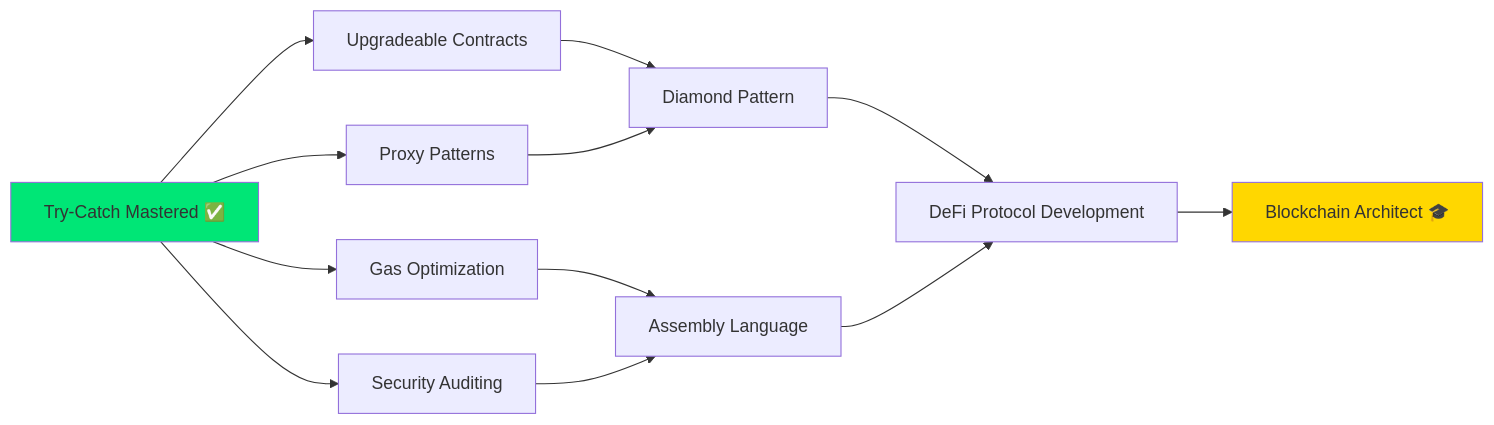
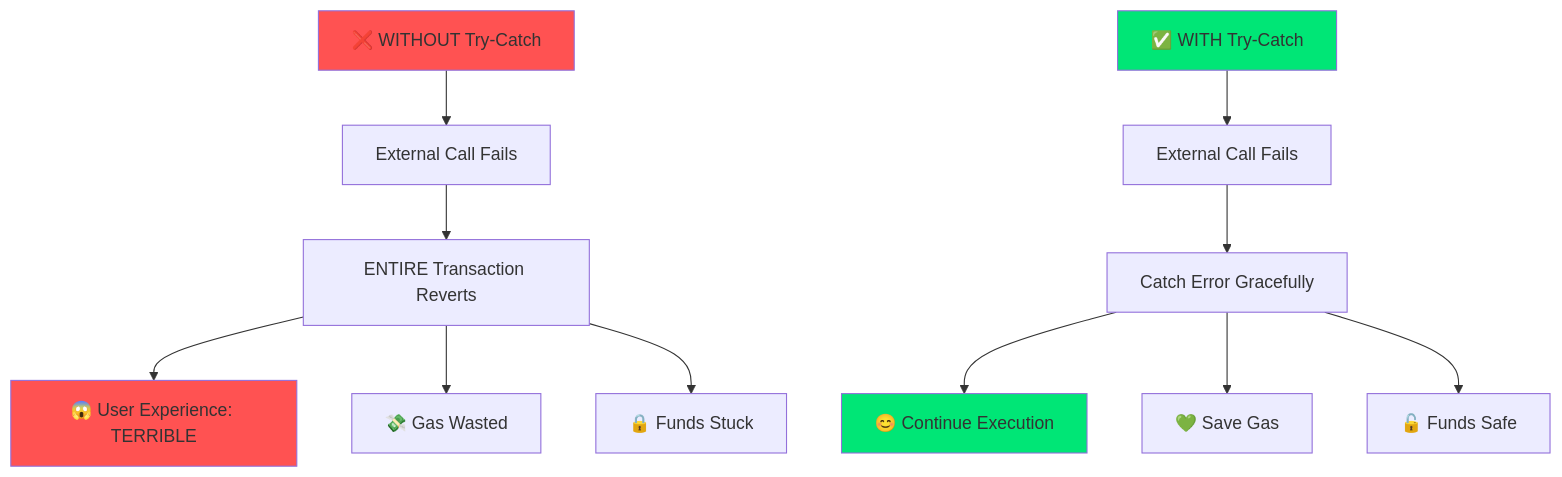
The first of 3 diagrams in README.md (Siddheshwar-cloud/TryCatchExample), drawn with Mermaid before and after one commit. The commit also changed other lines of this file, not shown here.

````diff
--- a/README.md
+++ b/README.md
@@ -209,20 +115,19 @@
 ```mermaid
-graph LR
-    A[Try-Catch Mastered ✅] --> B[Upgradeable Contracts]
-    A --> C[Proxy Patterns]
-    A --> D[Gas Optimization]
-    A --> E[Security Auditing]
+graph TB
+    A[❌ WITHOUT Try-Catch] --> B[External Call Fails]
+    B --> C[ENTIRE Transaction Reverts]
+    C --> D[😱 User Experience: TERRIBLE]
+    C --> E[💸 Gas Wasted]
+    C --> F[🔒 Funds Stuck]
     
-    B --> F[Diamond Pattern]
-    C --> F
-    D --> G[Assembly Language]
-    E --> G
+    G[✅ WITH Try-Catch] --> H[External Call Fails]
+    H --> I[Catch Error Gracefully]
+    I --> J[😊 Continue Execution]
+    I --> K[💚 Save Gas]
+    I --> L[🔓 Funds Safe]
     
-    F --> H[DeFi Protocol Development]
-    G --> H
-    
-    H --> I[Blockchain Architect 🎓]
-    
-    style A fill:#00E676
-    style I fill:#FFD700
+    style A fill:#FF5252
+    style G fill:#00E676
+    style D fill:#FF5252
+    style J fill:#00E676
 ```
````
